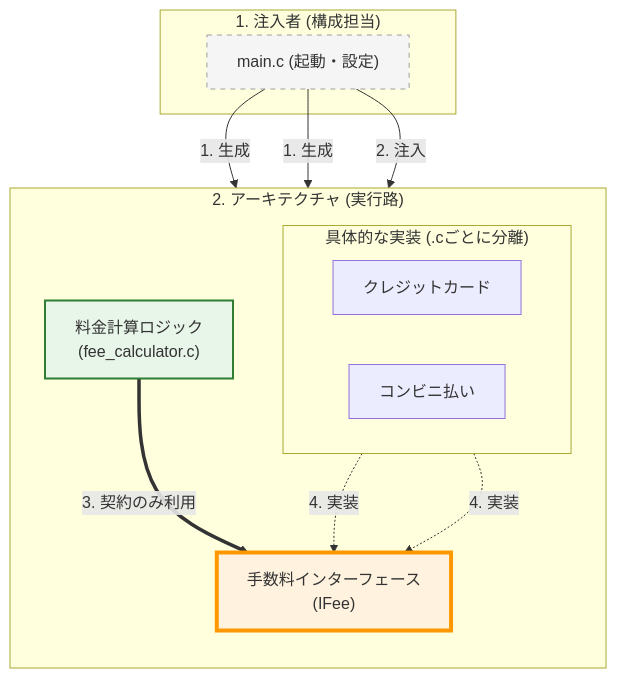
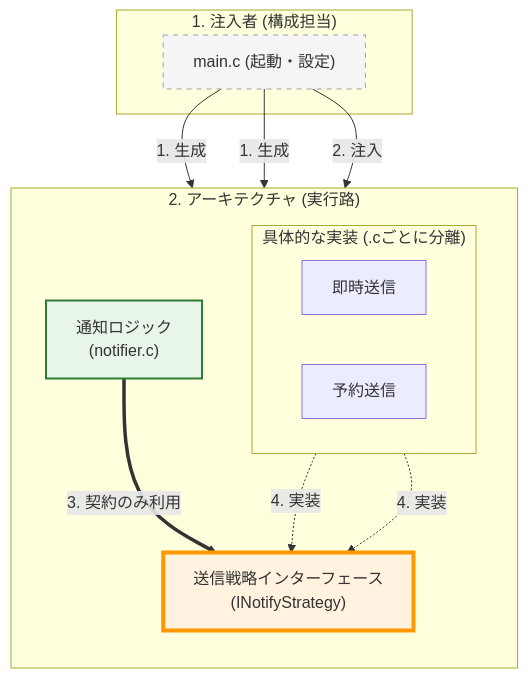
One commit to kumachan1101/BookProject changed the second of 3 diagrams in 02_章別/13_第2部 第9章 開放閉鎖原則（OCP）：拡張のために開き、修正に対して閉じる_02.md. Above: the diagram before and after it, drawn with Mermaid. The commit also changed other lines of this file and 109 other files, not shown here.

````diff
--- a/02_章別/13_第2部 第9章 開放閉鎖原則（OCP）：拡張のために開き、修正に対して閉じる_02.md
+++ b/02_章別/13_第2部 第9章 開放閉鎖原則（OCP）：拡張のために開き、修正に対して閉じる_02.md
@@ -327,34 +334,34 @@
 ```mermaid
 graph TB
       %% 左側：注入者
       subgraph Injector ["1. 注入者 (構成担当)"]
           Main["main.c (起動・設定)"]
       end
 
       %% 右側：実行構造
       subgraph Architecture ["2. アーキテクチャ (実行路)"]
           direction TB
-          Calc["料金計算ロジック<br/>(fee_calculator.c)"]
-          Strategy["手数料インターフェース<br/>(IFee)"]
+          Calc["通知ロジック<br/>(notifier.c)"]
+          Strategy["送信戦略インターフェース<br/>(INotifyStrategy)"]
 
           subgraph Impls ["具体的な実装 (.cごとに分離)"]
               direction LR
-              P1["クレジットカード"]
-              P2["コンビニ払い"]
+              P1["即時送信"]
+              P2["予約送信"]
           end
       end
 
       %% 依存性の注入
       Main -- "1. 生成" --> P1
       Main -- "1. 生成" --> P2
       Main -- "2. 注入" --> Calc
 
       %% 実行時の依存関係
       Calc ==>|"3. 契約のみ利用"| Strategy
       P1 -.->|"4. 実装"| Strategy
       P2 -.->|"4. 実装"| Strategy
 
       style Main fill:#f5f5f5,stroke:#9e9e9e,stroke-dasharray: 5 5
       style Calc fill:#e8f5e9,stroke:#2e7d32,stroke-width:2px
       style Strategy fill:#fff3e0,stroke:#ff9800,stroke-width:4px
 ```
````
